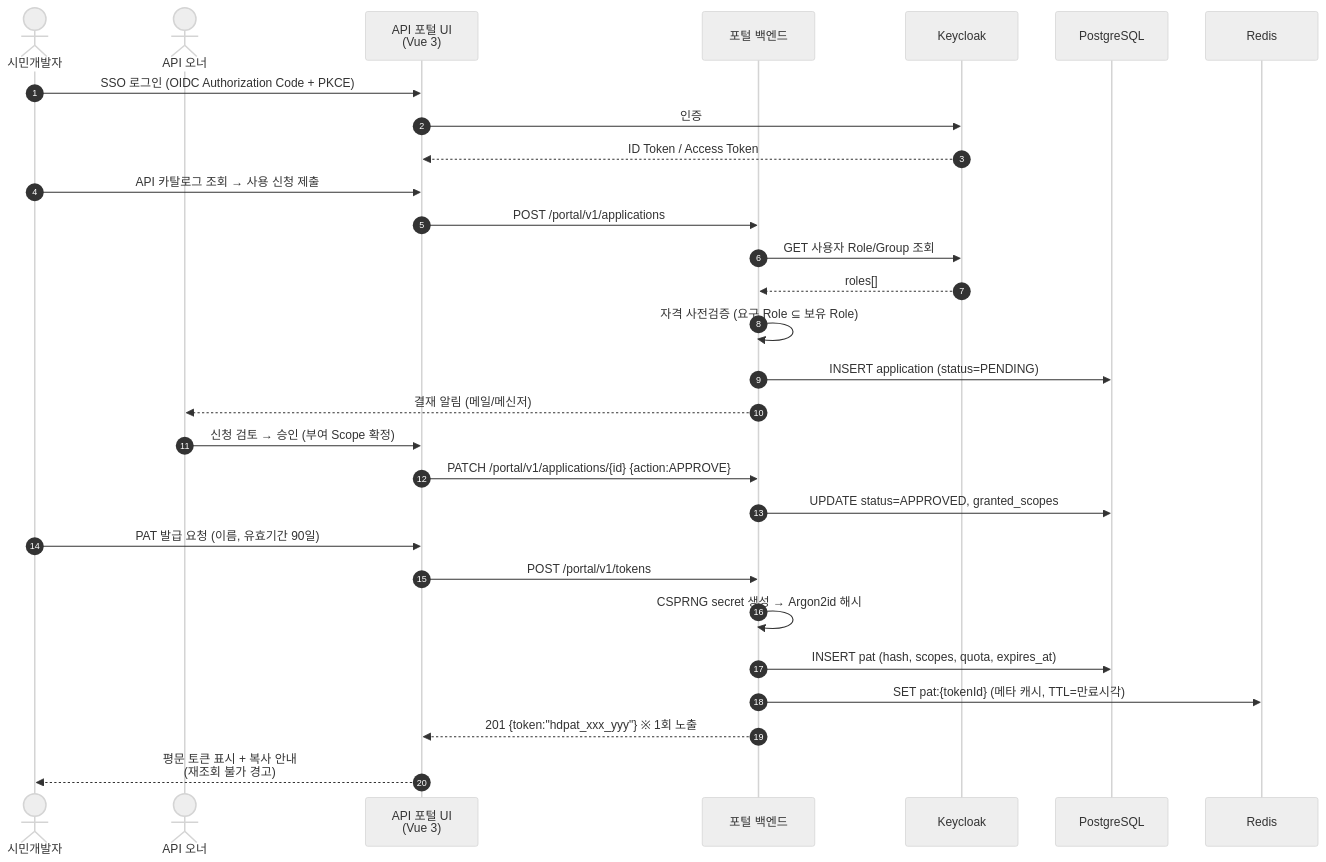
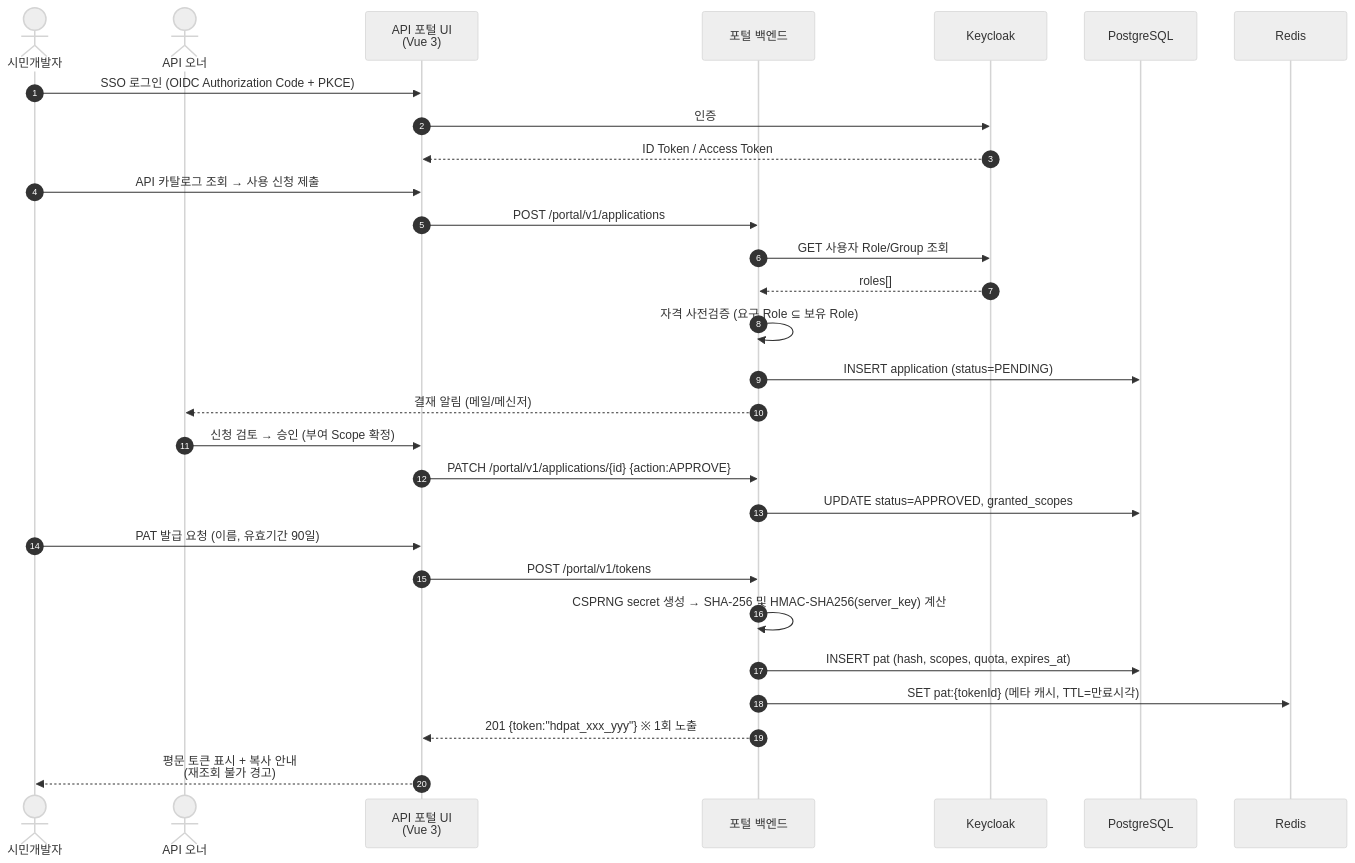
Before and after one commit to tuchy81/api-portal: the sixth of 9 diagrams in 01_시민개발자_API포털_아키텍처정의서.md, drawn with Mermaid. The commit also changed other lines of this file and 18 other files, not shown here.

````diff
--- a/01_시민개발자_API포털_아키텍처정의서.md
+++ b/01_시민개발자_API포털_아키텍처정의서.md
@@ -370,35 +370,35 @@
 ```mermaid
 %%{init: {'theme':'neutral'}}%%
 sequenceDiagram
     autonumber
     actor Dev as 시민개발자
     actor Owner as API 오너
     participant UI as API 포털 UI<br/>(Vue 3)
     participant API as 포털 백엔드
     participant IdP as Keycloak
     participant DB as PostgreSQL
     participant Redis as Redis
 
     Dev->>UI: SSO 로그인 (OIDC Authorization Code + PKCE)
     UI->>IdP: 인증
     IdP-->>UI: ID Token / Access Token
     Dev->>UI: API 카탈로그 조회 → 사용 신청 제출
     UI->>API: POST /portal/v1/applications
     API->>IdP: GET 사용자 Role/Group 조회
     IdP-->>API: roles[]
     API->>API: 자격 사전검증 (요구 Role ⊆ 보유 Role)
     API->>DB: INSERT application (status=PENDING)
     API-->>Owner: 결재 알림 (메일/메신저)
 
     Owner->>UI: 신청 검토 → 승인 (부여 Scope 확정)
     UI->>API: PATCH /portal/v1/applications/{id} {action:APPROVE}
     API->>DB: UPDATE status=APPROVED, granted_scopes
 
     Dev->>UI: PAT 발급 요청 (이름, 유효기간 90일)
     UI->>API: POST /portal/v1/tokens
-    API->>API: CSPRNG secret 생성 → Argon2id 해시
+    API->>API: CSPRNG secret 생성 → SHA-256 및 HMAC-SHA256(server_key) 계산
     API->>DB: INSERT pat (hash, scopes, quota, expires_at)
     API->>Redis: SET pat:{tokenId} (메타 캐시, TTL=만료시각)
     API-->>UI: 201 {token:"hdpat_xxx_yyy"} ※ 1회 노출
     UI-->>Dev: 평문 토큰 표시 + 복사 안내<br/>(재조회 불가 경고)
 ```
````
